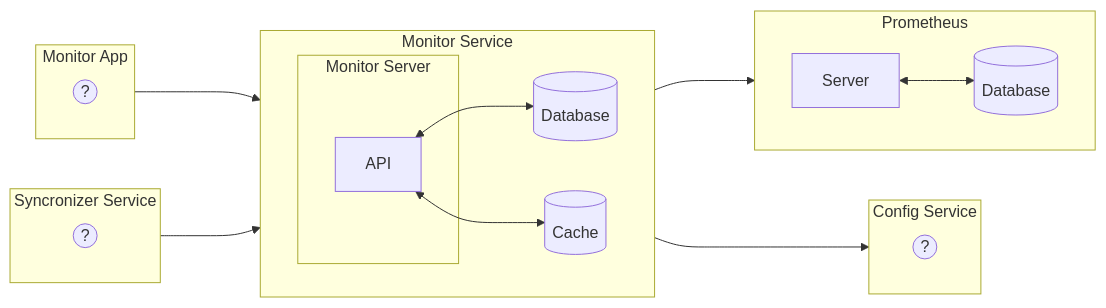
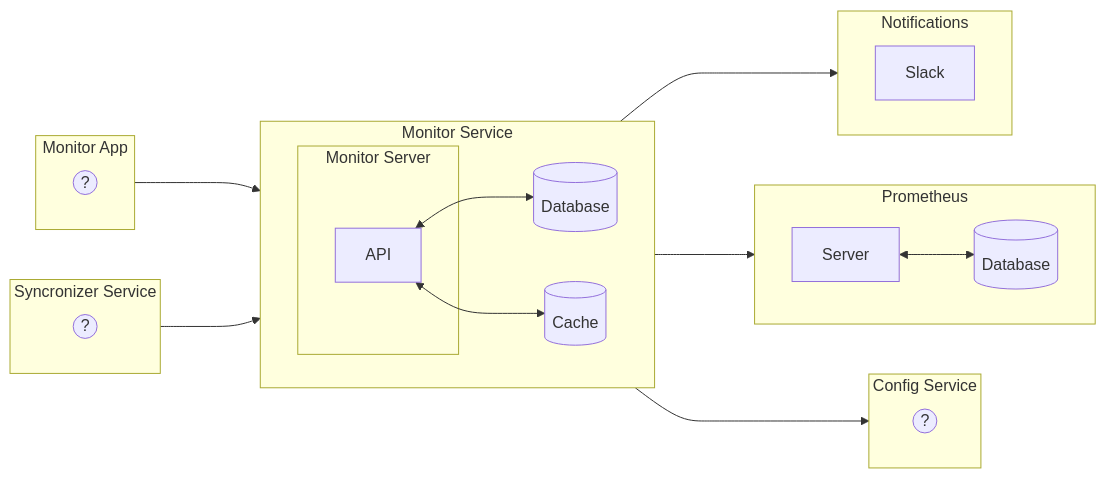
The diagram in src/assets/overview.md (forattini-dev/rws-app-proposal-monitor), drawn with Mermaid before and after one commit. The commit also changed other lines of this file and 5 other files, not shown here.

````diff
--- a/src/assets/overview.md
+++ b/src/assets/overview.md
@@ -38,42 +38,48 @@
 ```mermaid
 
 flowchart LR
     subgraph sync_ctx[Syncronizer Service]
       direction LR
       sync_black_box(( ? ))
     end
 
     subgraph config_ctx[Config Service]
       direction LR
       cfg_api(( ? ))
     end
 
     subgraph app_monitor_ctx[Monitor App]
       direction LR
       app_monitor(( ? ))
     end
 
     subgraph prometheus_ctx[Prometheus]
       direction LR
       prometheus_server[Server]
       prometheus_database[(Database)]
       prometheus_server <--> prometheus_database
     end
 
+    subgraph notification_ctx[Notifications]
+      direction LR
+      slack[Slack]
+    end
+
     subgraph svc_monitor_ctx[Monitor Service]
       direction LR
       mon_cache[(Cache)]
       mon_database[(Database)]
 
       subgraph svc_monitor_server_ctx[Monitor Server]
         mon_api[API]
         mon_api ---> cfg_api
       end
 
       mon_api <--> mon_database
       mon_api <--> mon_cache
       mon_api ---> prometheus_server
+      mon_api ---> slack
       sync_black_box ---> mon_api
       app_monitor ---> mon_api
     end
 ```
````
